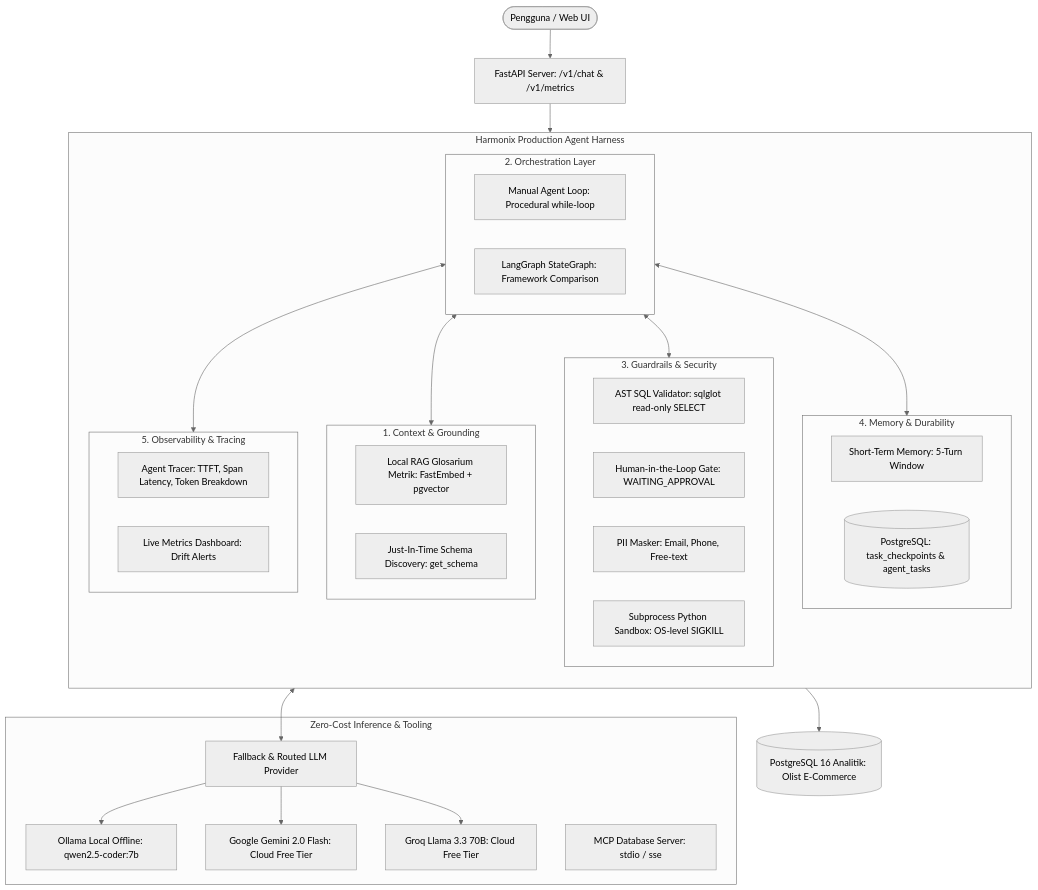
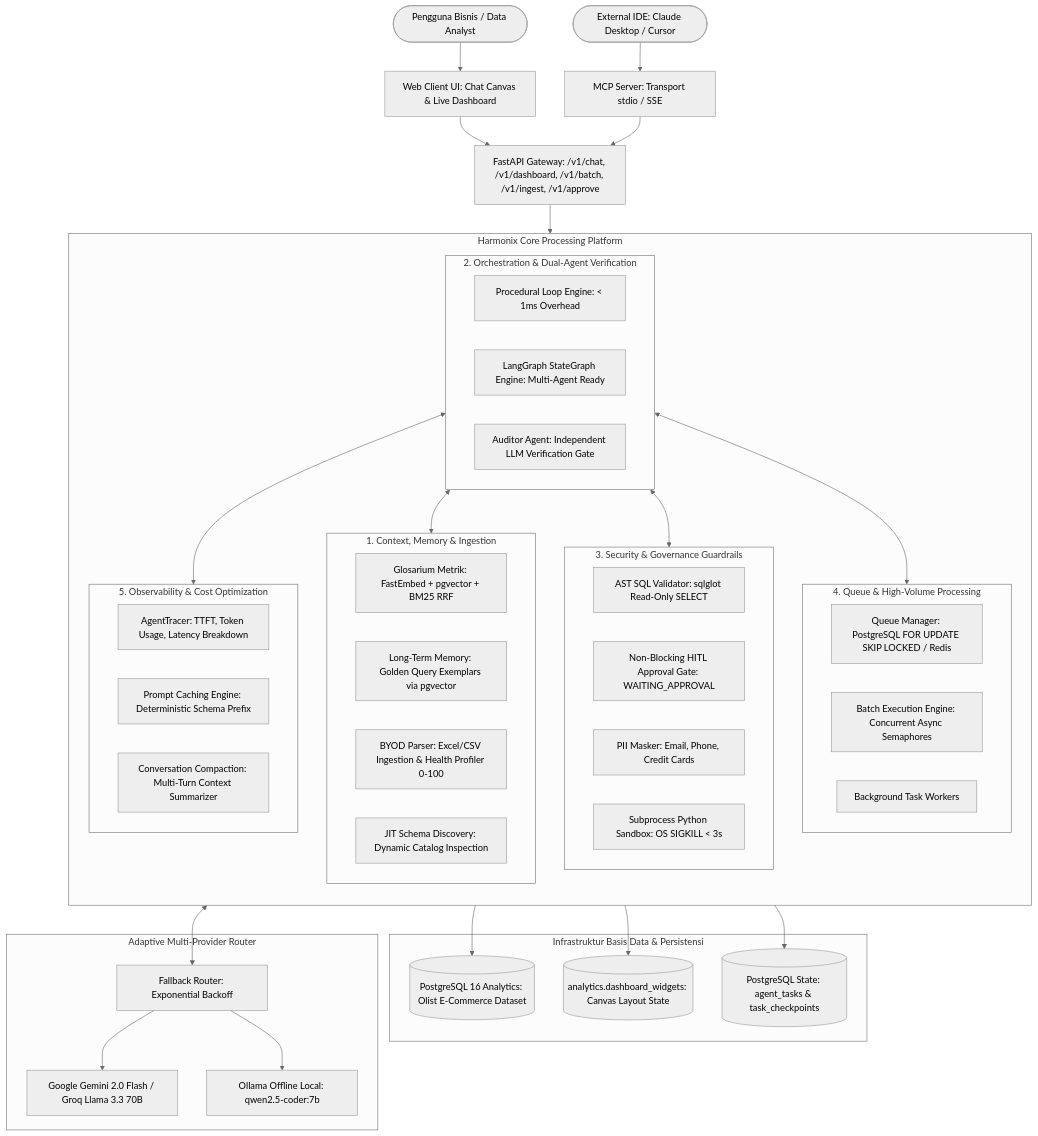
The diagram in README.md (SejatiDimedia/harmonix), drawn with Mermaid (neutral theme) before and after one commit. The commit also changed other lines of this file and 1 other file, not shown here.

Commit message:
docs: add enterprise-grade autonomous AI data analyst platform documentation and PRD

````diff
--- a/README.md
+++ b/README.md
@@ -26,52 +66,67 @@
 ```mermaid
 flowchart TD
-    User([Pengguna / Web UI]) --> API[FastAPI Server: /v1/chat & /v1/metrics]
+    User([Pengguna Bisnis / Data Analyst]) --> WebUI[Web Client UI: Chat Canvas & Live Dashboard]
+    ExternalClient([External IDE: Claude Desktop / Cursor]) --> MCPEndpoint[MCP Server: Transport stdio / SSE]
     
-    subgraph Harness["Harmonix Production Agent Harness"]
+    WebUI --> APIGateway[FastAPI Gateway: /v1/chat, /v1/dashboard, /v1/batch, /v1/ingest, /v1/approve]
+    MCPEndpoint --> APIGateway
+    
+    subgraph CoreEngine["Harmonix Core Processing Platform"]
         direction TB
         
-        subgraph Layer1["1. Context & Grounding"]
-            Glossary[Local RAG Glosarium Metrik: FastEmbed + pgvector]
-            JITSchema[Just-In-Time Schema Discovery: get_schema]
+        subgraph Layer1["1. Context, Memory & Ingestion"]
+            Glossary[Glosarium Metrik: FastEmbed + pgvector + BM25 RRF]
+            LongTermMem[Long-Term Memory: Golden Query Exemplars via pgvector]
+            BYOD[BYOD Parser: Excel/CSV Ingestion & Health Profiler 0-100]
+            JITSchema[JIT Schema Discovery: Dynamic Catalog Inspection]
         end
         
-        subgraph Layer2["2. Orchestration Layer"]
-            ManualLoop[Manual Agent Loop: Procedural while-loop]
-            LangGraphAgent[LangGraph StateGraph: Framework Comparison]
+        subgraph Layer2["2. Orchestration & Dual-Agent Verification"]
+            ProceduralLoop[Procedural Loop Engine: < 1ms Overhead]
+            LangGraphAgent[LangGraph StateGraph Engine: Multi-Agent Ready]
+            MakerChecker[Auditor Agent: Independent LLM Verification Gate]
         end
         
-        subgraph Layer3["3. Guardrails & Security"]
-            ASTGuard[AST SQL Validator: sqlglot read-only SELECT]
-            ApprovalGate[Human-in-the-Loop Gate: WAITING_APPROVAL]
-            PIIMask[PII Masker: Email, Phone, Free-text]
-            Sandbox[Subprocess Python Sandbox: OS-level SIGKILL]
+        subgraph Layer3["3. Security & Governance Guardrails"]
+            ASTGuard[AST SQL Validator: sqlglot Read-Only SELECT]
+            ApprovalGate[Non-Blocking HITL Approval Gate: WAITING_APPROVAL]
+            PIIMask[PII Masker: Email, Phone, Credit Cards]
+            Sandbox[Subprocess Python Sandbox: OS SIGKILL < 3s]
         end
         
-        subgraph Layer4["4. Memory & Durability"]
-            ShortTerm[Short-Term Memory: 5-Turn Window]
-            CheckpointDB[(PostgreSQL: task_checkpoints & agent_tasks)]
+        subgraph Layer4["4. Queue & High-Volume Processing"]
+            QueueMgr[Queue Manager: PostgreSQL FOR UPDATE SKIP LOCKED / Redis]
+            BatchEngine[Batch Execution Engine: Concurrent Async Semaphores]
+            Workers[Background Task Workers]
         end
         
-        subgraph Layer5["5. Observability & Tracing"]
-            Tracer[Agent Tracer: TTFT, Span Latency, Token Breakdown]
-            MetricsDash[Live Metrics Dashboard: Drift Alerts]
+        subgraph Layer5["5. Observability & Cost Optimization"]
+            Tracer[AgentTracer: TTFT, Token Usage, Latency Breakdown]
+            PromptCache[Prompt Caching Engine: Deterministic Schema Prefix]
+            Compaction[Conversation Compaction: Multi-Turn Context Summarizer]
         end
     end
     
-    subgraph ZeroCost["Zero-Cost Inference & Tooling"]
-        Router[Fallback & Routed LLM Provider]
-        Ollama[Ollama Local Offline: qwen2.5-coder:7b]
-        Gemini[Google Gemini 2.0 Flash: Cloud Free Tier]
-        Groq[Groq Llama 3.3 70B: Cloud Free Tier]
-        MCPServer[MCP Database Server: stdio / sse]
+    subgraph StorageInfra["Infrastruktur Basis Data & Persistensi"]
+        Warehouse[(PostgreSQL 16 Analytics: Olist E-Commerce Dataset)]
+        DashboardStore[(analytics.dashboard_widgets: Canvas Layout State)]
+        TaskState[(PostgreSQL State: agent_tasks & task_checkpoints)]
     end
 
-    API --> Layer2
+    subgraph InferenceInfra["Adaptive Multi-Provider Router"]
+        Router[Fallback Router: Exponential Backoff]
+        CloudTier[Google Gemini 2.0 Flash / Groq Llama 3.3 70B]
+        LocalTier[Ollama Offline Local: qwen2.5-coder:7b]
+    end
+
+    APIGateway --> Layer2
     Layer2 <--> Layer1
     Layer2 <--> Layer3
     Layer2 <--> Layer4
     Layer2 <--> Layer5
     Layer2 <--> Router
-    Router --> Gemini & Groq & Ollama
-    Layer3 --> Database[(PostgreSQL 16 Analitik: Olist E-Commerce)]
+    Router --> CloudTier & LocalTier
+    Layer3 --> Warehouse
+    Layer3 --> DashboardStore
+    Layer4 --> TaskState
 ```
````
